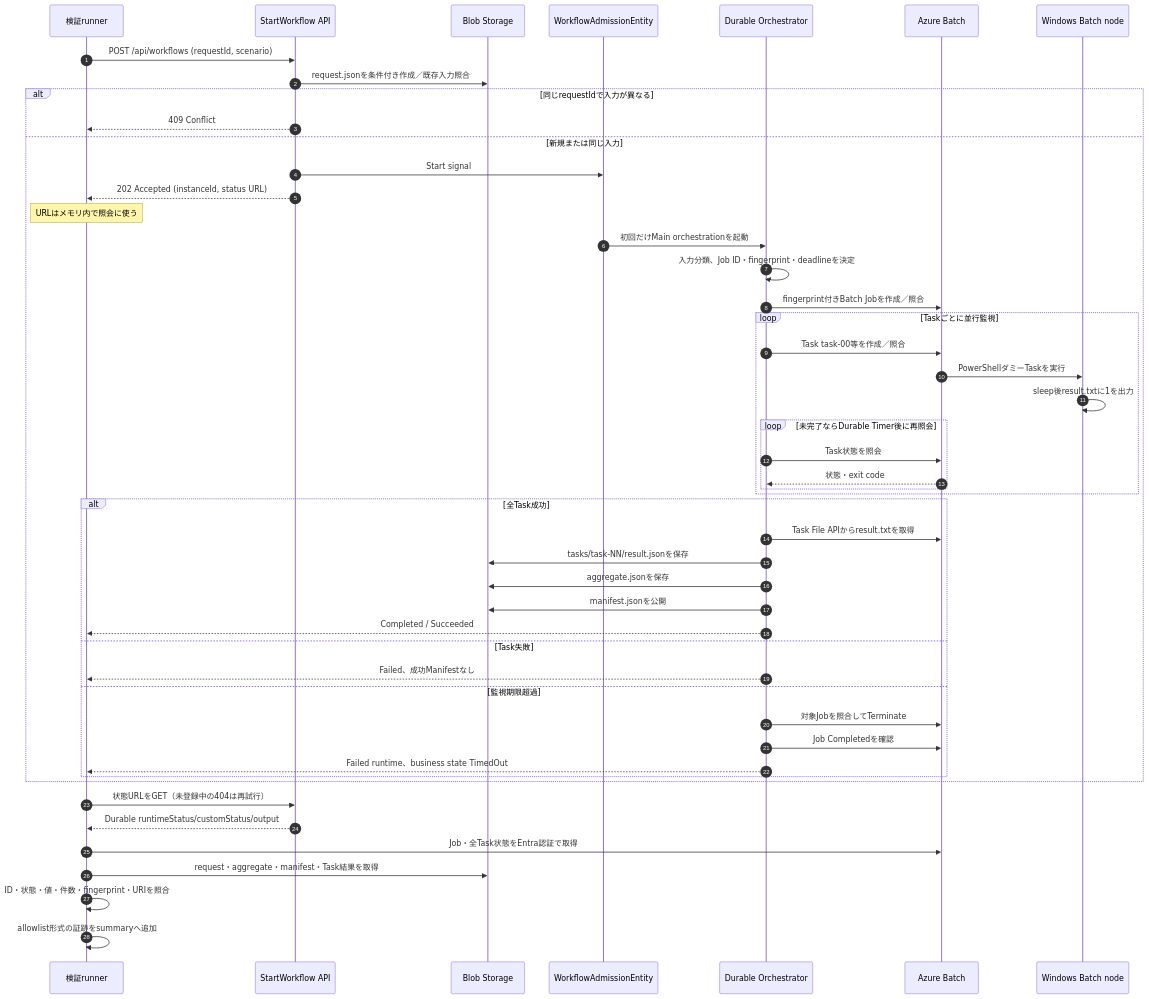
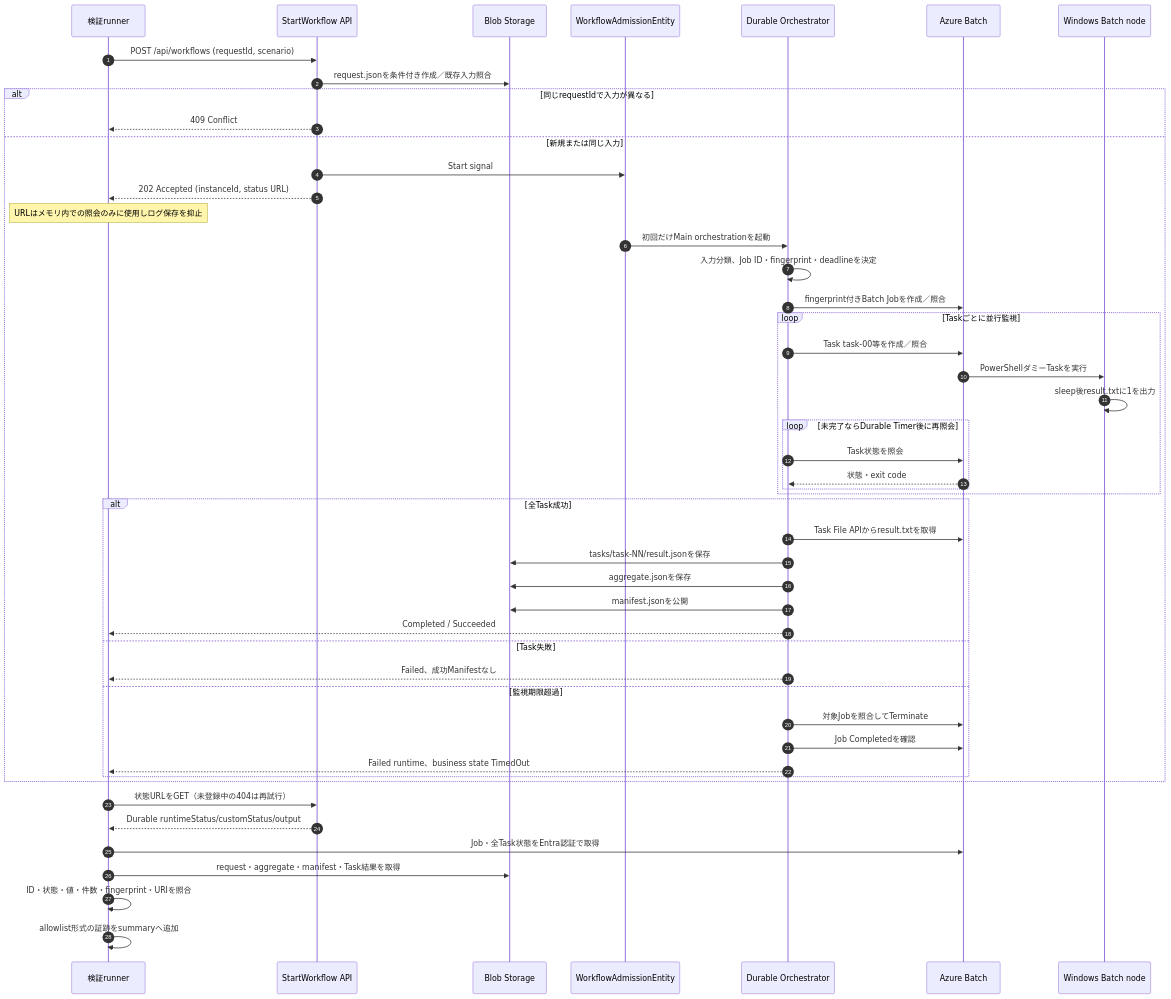
One commit to kkana6624/durable_functions_poc changed the second of 2 diagrams in docs/validation-runner-flow.md. Above: the diagram before and after it, drawn with Mermaid. The commit also changed other lines of this file and 10 other files, not shown here.

````diff
--- a/docs/validation-runner-flow.md
+++ b/docs/validation-runner-flow.md
@@ -53,52 +53,52 @@
 ```mermaid
 sequenceDiagram
     autonumber
     participant R as 検証runner
     participant API as StartWorkflow API
     participant BLOB as Blob Storage
     participant E as WorkflowAdmissionEntity
     participant D as Durable Orchestrator
     participant BA as Azure Batch
     participant N as Windows Batch node
 
     R->>API: POST /api/workflows (requestId, scenario)
     API->>BLOB: request.jsonを条件付き作成／既存入力照合
     alt 同じrequestIdで入力が異なる
         API-->>R: 409 Conflict
     else 新規または同じ入力
         API->>E: Start signal
         API-->>R: 202 Accepted (instanceId, status URL)
-        Note over R: URLはメモリ内で照会に使う
+        Note over R: URLはメモリ内での照会のみに使用しログ保存を抑止
         E->>D: 初回だけMain orchestrationを起動
         D->>D: 入力分類、Job ID・fingerprint・deadlineを決定
         D->>BA: fingerprint付きBatch Jobを作成／照合
         loop Taskごとに並行監視
             D->>BA: Task task-00等を作成／照合
             BA->>N: PowerShellダミーTaskを実行
             N->>N: sleep後result.txtに1を出力
             loop 未完了ならDurable Timer後に再照会
                 D->>BA: Task状態を照会
                 BA-->>D: 状態・exit code
             end
         end
         alt 全Task成功
             D->>BA: Task File APIからresult.txtを取得
             D->>BLOB: tasks/task-NN/result.jsonを保存
             D->>BLOB: aggregate.jsonを保存
             D->>BLOB: manifest.jsonを公開
             D-->>R: Completed / Succeeded
         else Task失敗
             D-->>R: Failed、成功Manifestなし
         else 監視期限超過
             D->>BA: 対象Jobを照合してTerminate
             D->>BA: Job Completedを確認
             D-->>R: Failed runtime、business state TimedOut
         end
     end
     R->>API: 状態URLをGET（未登録中の404は再試行）
     API-->>R: Durable runtimeStatus/customStatus/output
     R->>BA: Job・全Task状態をEntra認証で取得
     R->>BLOB: request・aggregate・manifest・Task結果を取得
     R->>R: ID・状態・値・件数・fingerprint・URIを照合
     R->>R: allowlist形式の証跡をsummaryへ追加
 ```
````
